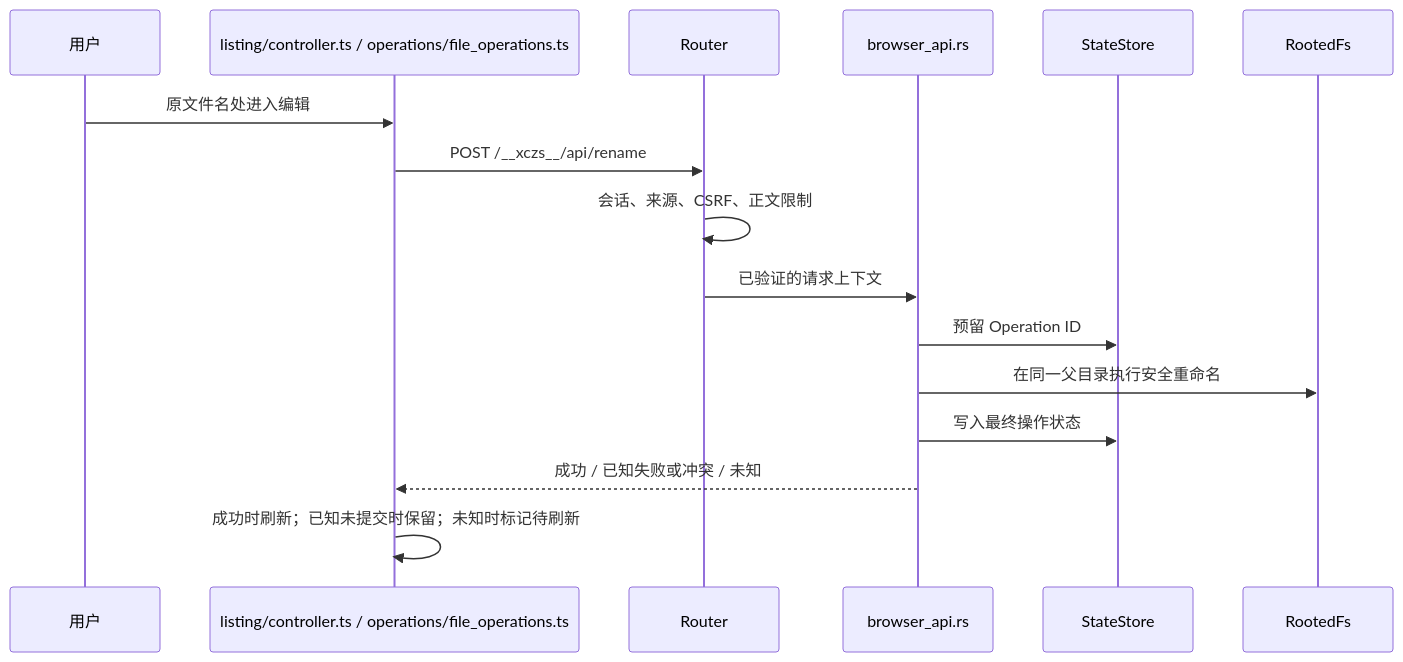
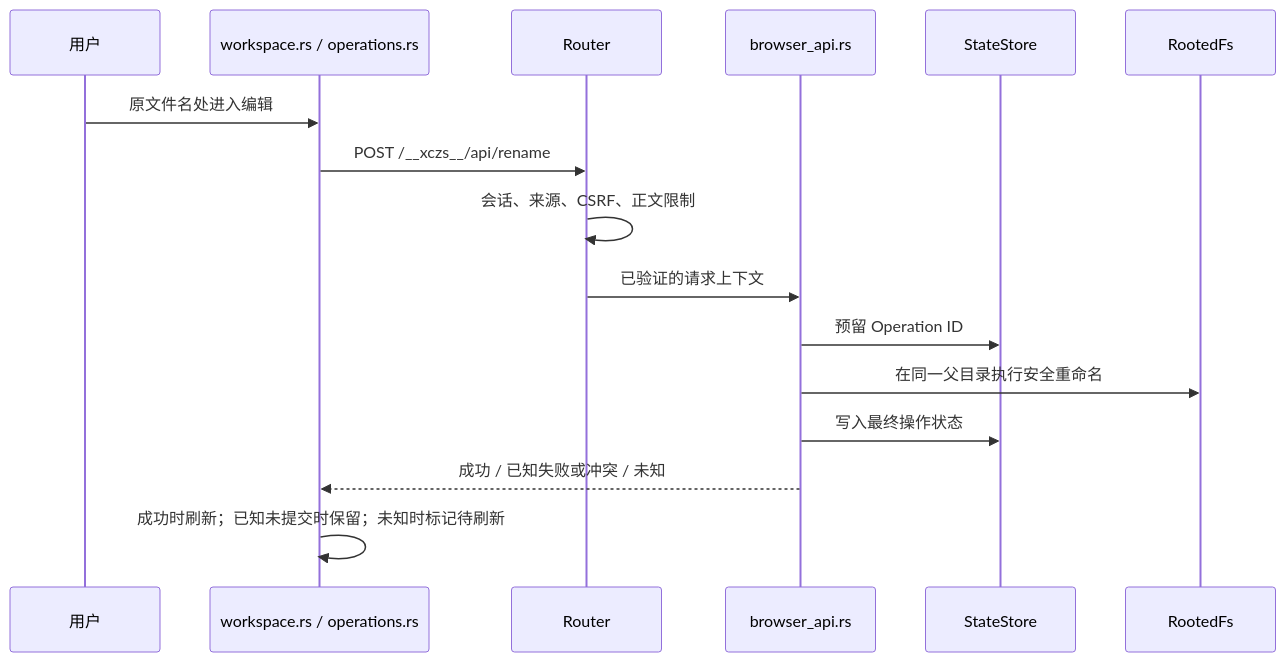
The second of 2 diagrams in docs/beginner-guide/01-project-overview.md (isarmg/xczs), drawn with Mermaid before and after one commit. The commit also changed other lines of this file and 160 other files, not shown here.

````diff
--- a/docs/beginner-guide/01-project-overview.md
+++ b/docs/beginner-guide/01-project-overview.md
@@ -89,18 +89,18 @@
 ```mermaid
 sequenceDiagram
     participant U as 用户
-    participant J as listing/controller.ts / operations/file_operations.ts
+    participant J as workspace.rs / operations.rs
     participant R as Router
     participant A as browser_api.rs
     participant S as StateStore
     participant F as RootedFs
     U->>J: 原文件名处进入编辑
     J->>R: POST /__xczs__/api/rename
     R->>R: 会话、来源、CSRF、正文限制
     R->>A: 已验证的请求上下文
     A->>S: 预留 Operation ID
     A->>F: 在同一父目录执行安全重命名
     A->>S: 写入最终操作状态
     A-->>J: 成功 / 已知失败或冲突 / 未知
     J->>J: 成功时刷新；已知未提交时保留；未知时标记待刷新
 ```
````
